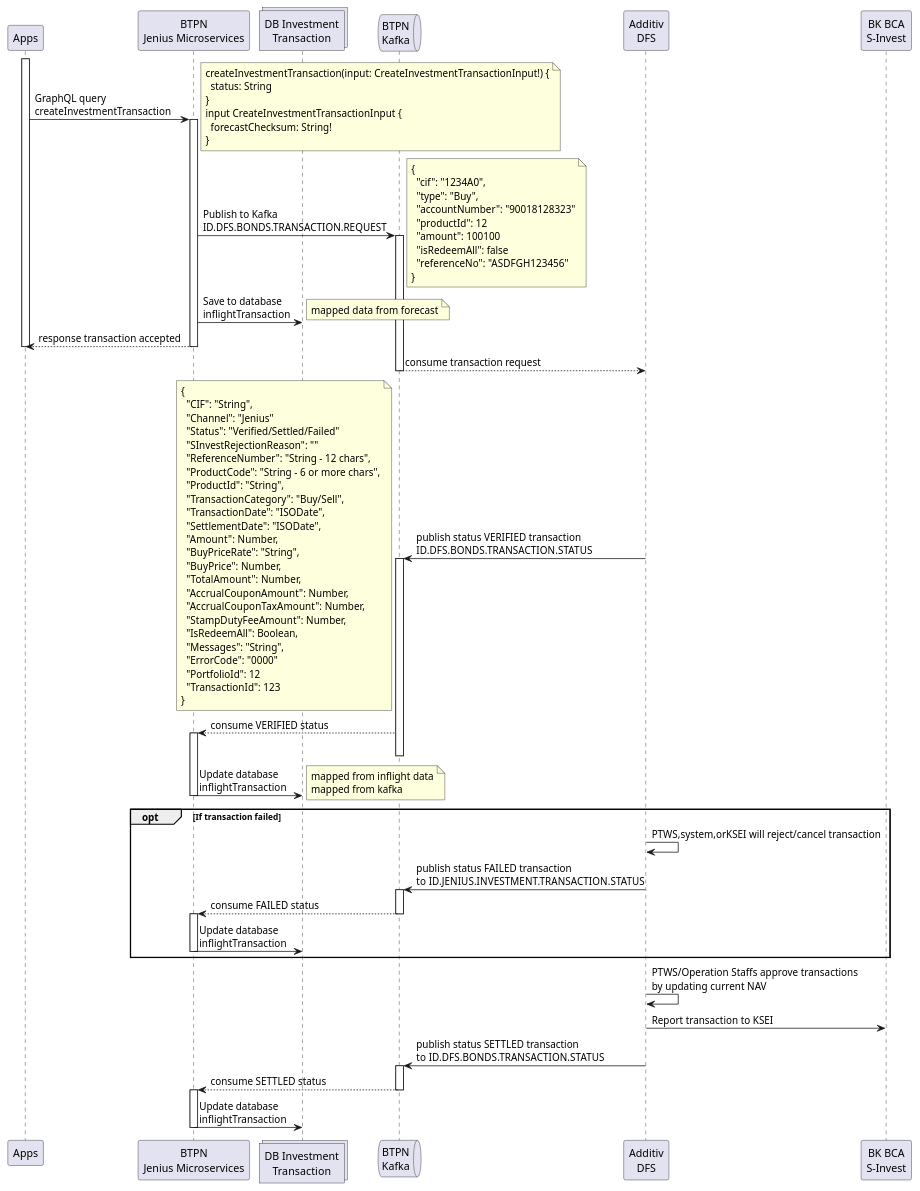
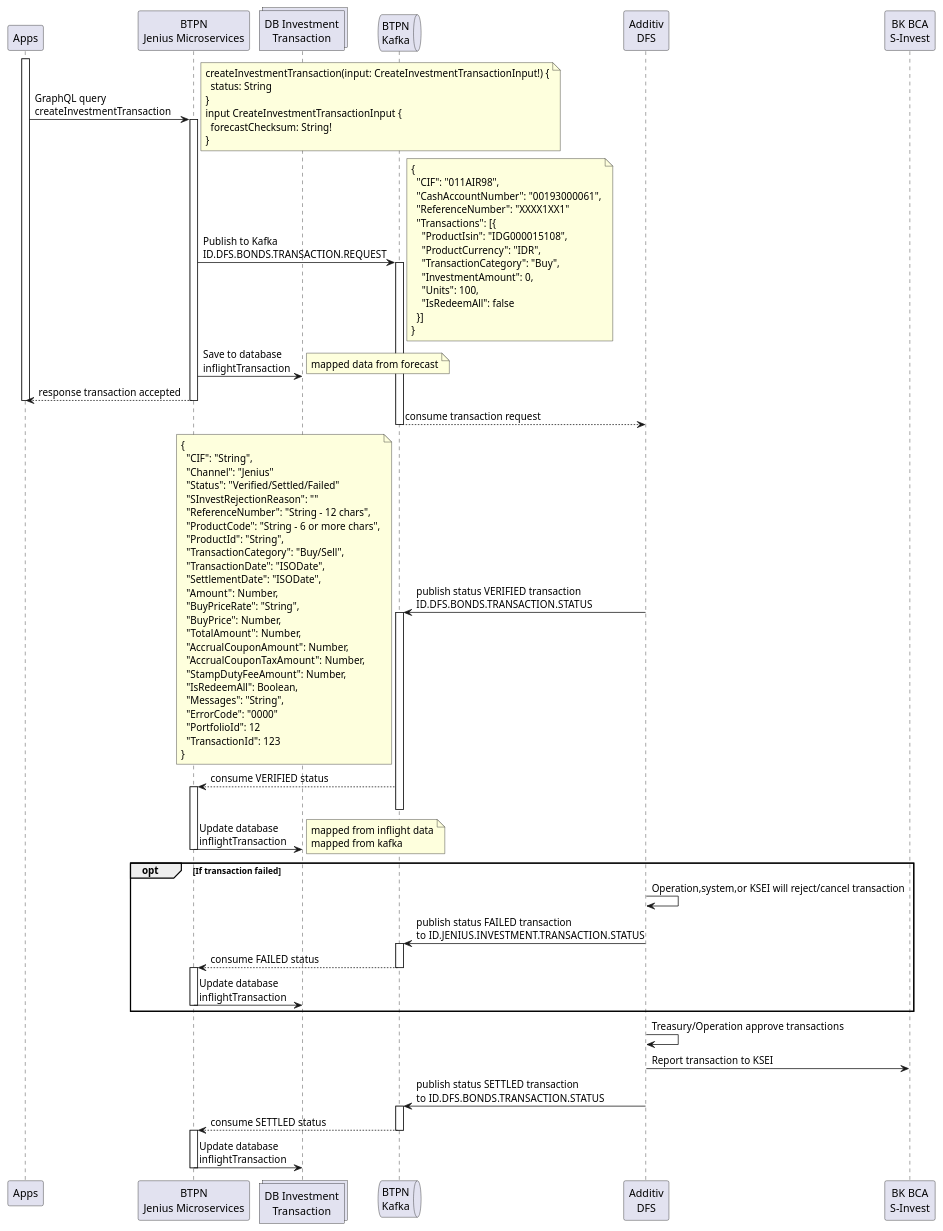
The diagram in bonds/high_transactions.puml (iksena/jenius-uml), drawn with PlantUML before and after one commit. The commit also changed 8 other files, not shown here.

```diff
--- a/bonds/high_transactions.puml
+++ b/bonds/high_transactions.puml
@@ -1,109 +1,113 @@
 @startuml transactions
 participant "Apps" as app
 participant "BTPN\nJenius Microservices" as ms
 collections "DB Investment\nTransaction" as db
 queue "BTPN\nKafka" as kafka
 participant "Additiv\nDFS" as dfs
 participant "BK BCA\nS-Invest" as ksei
 
 activate app
 app -> ms: GraphQL query\ncreateInvestmentTransaction
 note right
 createInvestmentTransaction(input: CreateInvestmentTransactionInput!) {
   status: String
 }
 input CreateInvestmentTransactionInput {
   forecastChecksum: String!
 }
 end note
 
 activate ms
 ms -> kafka: Publish to Kafka\nID.DFS.BONDS.TRANSACTION.REQUEST
 activate kafka
 note right
 {
-  "cif": "1234A0",
-  "type": "Buy",
-  "accountNumber": "90018128323"
-  "productId": 12
-  "amount": 100100
-  "isRedeemAll": false
-  "referenceNo": "ASDFGH123456"
+  "CIF": "011AIR98",
+  "CashAccountNumber": "00193000061",
+  "ReferenceNumber": "XXXX1XX1"
+  "Transactions": [{
+    "ProductIsin": "IDG000015108",
+    "ProductCurrency": "IDR",
+    "TransactionCategory": "Buy", 
+    "InvestmentAmount": 0,
+    "Units": 100,
+    "IsRedeemAll": false
+  }]
 }
 end note
 ms -> db: Save to database\ninflightTransaction
 note right
 mapped data from forecast
 end note
 ms --> app: response transaction accepted
 deactivate ms
 deactivate app
 
 kafka --> dfs: consume transaction request
 deactivate kafka
 
 dfs -> kafka: publish status VERIFIED transaction\nID.DFS.BONDS.TRANSACTION.STATUS
 note left
 {
   "CIF": "String",
   "Channel": "Jenius"
   "Status": "Verified/Settled/Failed"
   "SInvestRejectionReason": ""
   "ReferenceNumber": "String - 12 chars",
   "ProductCode": "String - 6 or more chars",
   "ProductId": "String",
   "TransactionCategory": "Buy/Sell",
   "TransactionDate": "ISODate",
   "SettlementDate": "ISODate",
   "Amount": Number,
   "BuyPriceRate": "String",
   "BuyPrice": Number,
   "TotalAmount": Number,
   "AccrualCouponAmount": Number,
   "AccrualCouponTaxAmount": Number,
   "StampDutyFeeAmount": Number,
   "IsRedeemAll": Boolean,
   "Messages": "String",
   "ErrorCode": "0000"
   "PortfolioId": 12
   "TransactionId": 123
 }
 end note
 activate kafka
 kafka --> ms: consume VERIFIED status
 activate ms
 deactivate kafka
 ms -> db: Update database\ninflightTransaction
 note right
 mapped from inflight data
 mapped from kafka
 end note
 deactivate ms
 
 opt If transaction failed
 
-dfs -> dfs: PTWS,system,orKSEI will reject/cancel transaction
+dfs -> dfs: Operation,system,or KSEI will reject/cancel transaction
 dfs -> kafka: publish status FAILED transaction\nto ID.JENIUS.INVESTMENT.TRANSACTION.STATUS
 activate kafka
 kafka --> ms: consume FAILED status
 deactivate kafka
 activate ms
 ms -> db: Update database\ninflightTransaction
 deactivate ms
 
 end opt
 
 
-dfs -> dfs: PTWS/Operation Staffs approve transactions\nby updating current NAV
+dfs -> dfs: Treasury/Operation approve transactions
 dfs -> ksei: Report transaction to KSEI
 dfs -> kafka: publish status SETTLED transaction\nto ID.DFS.BONDS.TRANSACTION.STATUS
 activate kafka
 kafka --> ms: consume SETTLED status
 deactivate kafka
 activate ms
 ms -> db: Update database\ninflightTransaction
 deactivate ms
 
 deactivate dfs
 
 @enduml
```
